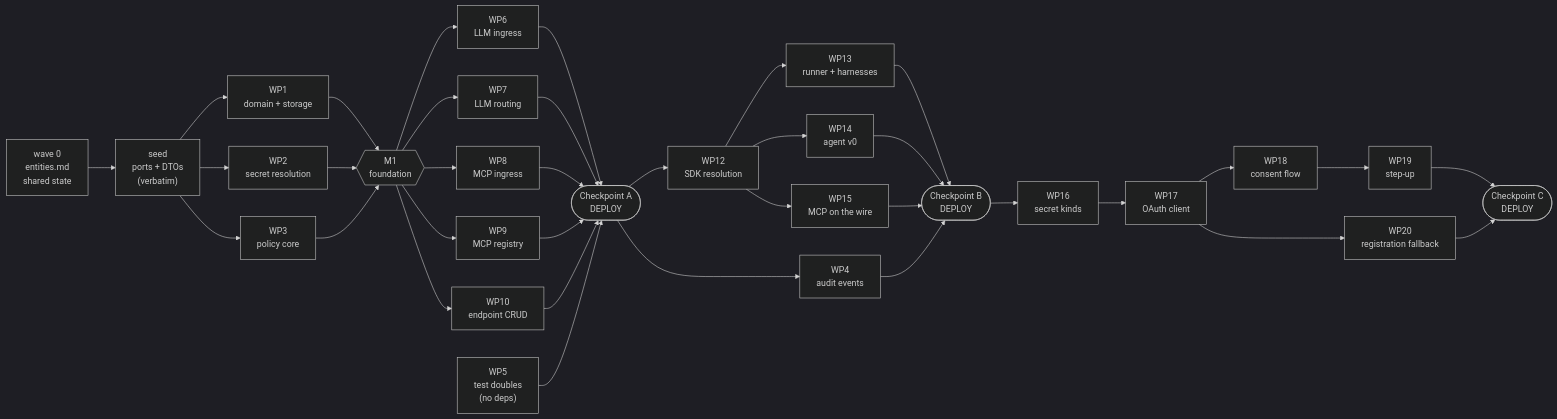
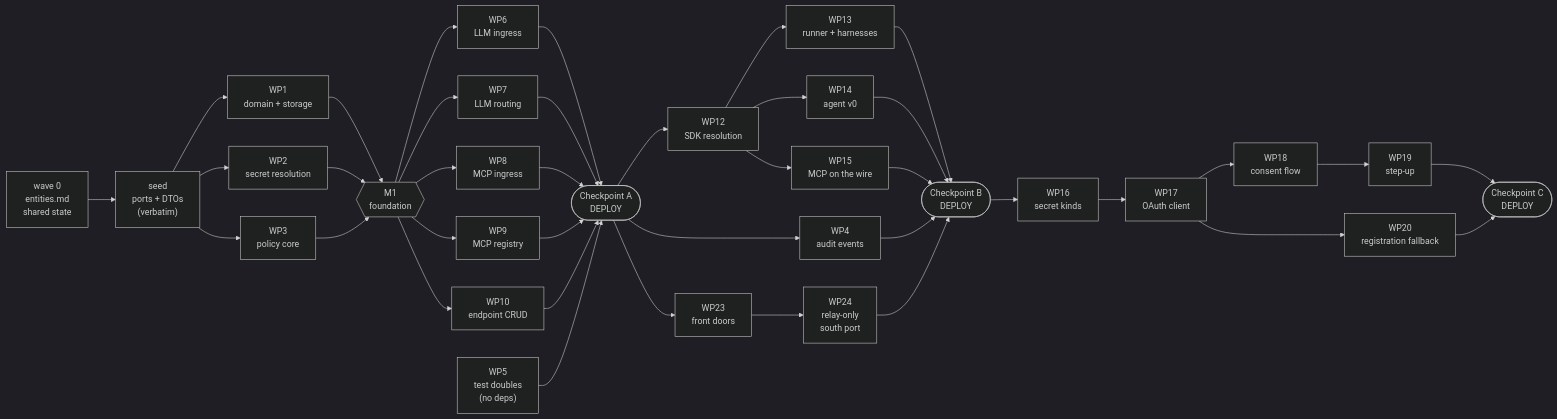
Before and after one commit to Agenta-AI/agenta: the diagram in docs/design/gateways-research/v1/plan.md, drawn with Mermaid (dark theme). The commit also changed other lines of this file and 11 other files, not shown here.

````diff
--- a/docs/design/gateways-research/v1/plan.md
+++ b/docs/design/gateways-research/v1/plan.md
@@ -102,27 +102,29 @@
 ```mermaid
 flowchart LR
     W0["wave 0<br/>entities.md<br/>shared state"] --> S["seed<br/>ports + DTOs<br/>(verbatim)"]
     S --> WP1["WP1<br/>domain + storage"]
     S --> WP2["WP2<br/>secret resolution"]
     S --> WP3["WP3<br/>policy core"]
     WP5["WP5<br/>test doubles<br/>(no deps)"]
     WP1 & WP2 & WP3 --> M1{{"M1<br/>foundation"}}
     M1 --> WP6["WP6<br/>LLM ingress"]
     M1 --> WP7["WP7<br/>LLM routing"]
     M1 --> WP8["WP8<br/>MCP ingress"]
     M1 --> WP9["WP9<br/>MCP registry"]
     M1 --> WP10["WP10<br/>endpoint CRUD"]
     WP6 & WP7 & WP8 & WP9 & WP10 & WP5 --> CA(["Checkpoint A<br/>DEPLOY"])
     CA --> WP12["WP12<br/>SDK resolution"]
     CA --> WP4["WP4<br/>audit events"]
     WP12 --> WP13["WP13<br/>runner + harnesses"]
     WP12 --> WP14["WP14<br/>agent v0"]
     WP12 --> WP15["WP15<br/>MCP on the wire"]
-    WP13 & WP14 & WP15 & WP4 --> CB(["Checkpoint B<br/>DEPLOY"])
+    CA --> WP23["WP23<br/>front doors"]
+    WP23 --> WP24["WP24<br/>relay-only<br/>south port"]
+    WP13 & WP14 & WP15 & WP4 & WP24 --> CB(["Checkpoint B<br/>DEPLOY"])
     CB --> WP16["WP16<br/>secret kinds"]
     WP16 --> WP17["WP17<br/>OAuth client"]
     WP17 --> WP18["WP18<br/>consent flow"]
     WP17 --> WP20["WP20<br/>registration fallback"]
     WP18 --> WP19["WP19<br/>step-up"]
     WP19 & WP20 --> CC(["Checkpoint C<br/>DEPLOY"])
 ```
````
